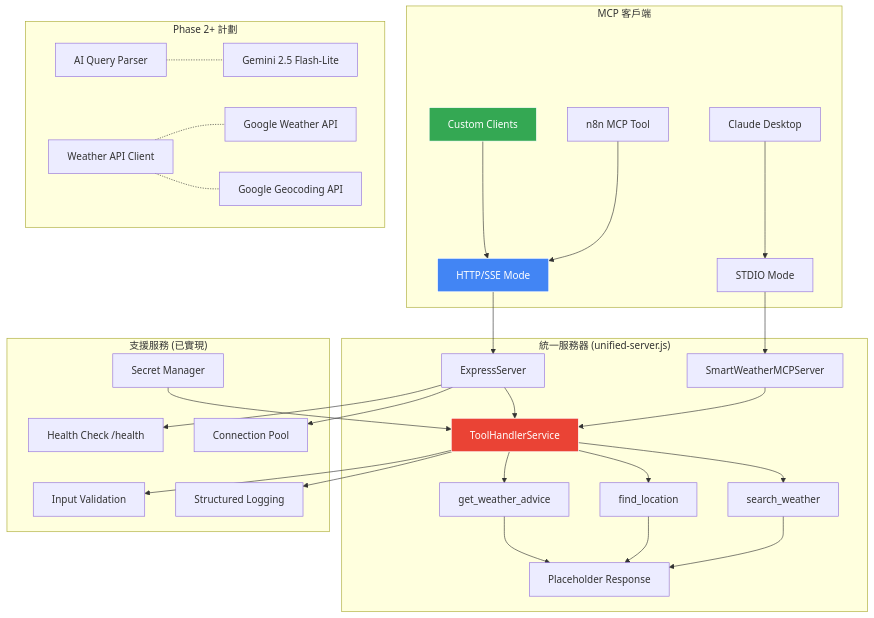
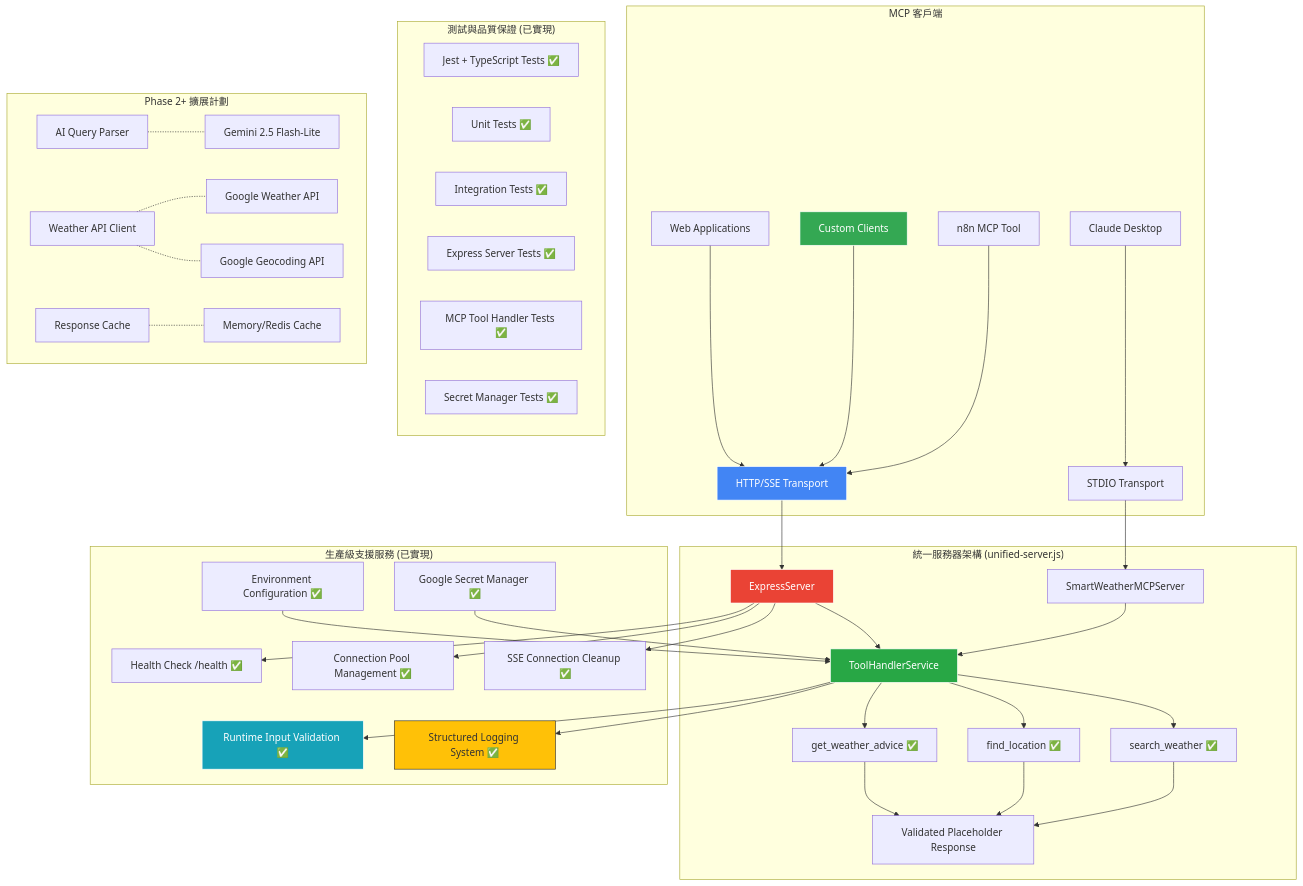
The first of 2 diagrams in README.md (lis186/smart-weather-mcp-server), drawn with Mermaid before and after one commit. The commit also changed other lines of this file and 1 other file, not shown here.

First line of the commit message:
docs: Update documentation to reflect production-ready Phase 1 status

````diff
--- a/README.md
+++ b/README.md
@@ -192,42 +218,59 @@
 ```mermaid
 graph TB
     subgraph "MCP 客戶端"
-        A[Claude Desktop] --> B[STDIO Mode]
-        C[n8n MCP Tool] --> D[HTTP/SSE Mode]
+        A[Claude Desktop] --> B[STDIO Transport]
+        C[n8n MCP Tool] --> D[HTTP/SSE Transport]
         E[Custom Clients] --> D
+        F[Web Applications] --> D
     end
     
-    subgraph "統一服務器 (unified-server.js)"
-        B --> F[SmartWeatherMCPServer]
-        D --> G[ExpressServer]
+    subgraph "統一服務器架構 (unified-server.js)"
+        B --> G[SmartWeatherMCPServer]
+        D --> H[ExpressServer]
         
-        F --> H[ToolHandlerService]
-        G --> H
+        G --> I[ToolHandlerService]
+        H --> I
         
-        H --> I[search_weather]
-        H --> J[find_location]  
-        H --> K[get_weather_advice]
+        I --> J[search_weather ✅]
+        I --> K[find_location ✅]  
+        I --> L[get_weather_advice ✅]
         
-        I --> L[Placeholder Response]
-        J --> L
-        K --> L
+        J --> M[Validated Placeholder Response]
+        K --> M
+        L --> M
     end
     
-    subgraph "支援服務 (已實現)"
-        G --> M[Health Check /health]
-        G --> N[Connection Pool]
-        H --> O[Input Validation]
-        H --> P[Structured Logging]
-        Q[Secret Manager] --> H
+    subgraph "生產級支援服務 (已實現)"
+        H --> N[Health Check /health ✅]
+        H --> O[Connection Pool Management ✅]
+        H --> P[SSE Connection Cleanup ✅]
+        I --> Q[Runtime Input Validation ✅]
+        I --> R[Structured Logging System ✅]
+        S[Google Secret Manager ✅] --> I
+        T[Environment Configuration ✅] --> I
     end
     
-    subgraph "Phase 2+ 計劃"
-        R[AI Query Parser] -.- S[Gemini 2.5 Flash-Lite]
-        T[Weather API Client] -.- U[Google Weather API]
-        T -.- V[Google Geocoding API]
+    subgraph "測試與品質保證 (已實現)"
+        U[Jest + TypeScript Tests ✅]
+        V[Unit Tests ✅]
+        W[Integration Tests ✅]
+        X[Express Server Tests ✅]
+        Y[MCP Tool Handler Tests ✅]
+        Z[Secret Manager Tests ✅]
     end
+    
+    subgraph "Phase 2+ 擴展計劃"
+        AA[AI Query Parser] -.- BB[Gemini 2.5 Flash-Lite]
+        CC[Weather API Client] -.- DD[Google Weather API]
+        CC -.- EE[Google Geocoding API]
+        FF[Response Cache] -.- GG[Memory/Redis Cache]
+    end
+    
+    style I fill:#28a745,stroke:#fff,color:#fff
+    style Q fill:#17a2b8,stroke:#fff,color:#fff
+    style R fill:#ffc107,stroke:#333,color:#333
     
     style D fill:#4285f4,stroke:#fff,color:#fff
     style E fill:#34a853,stroke:#fff,color:#fff
     style H fill:#ea4335,stroke:#fff,color:#fff
 ```
````
